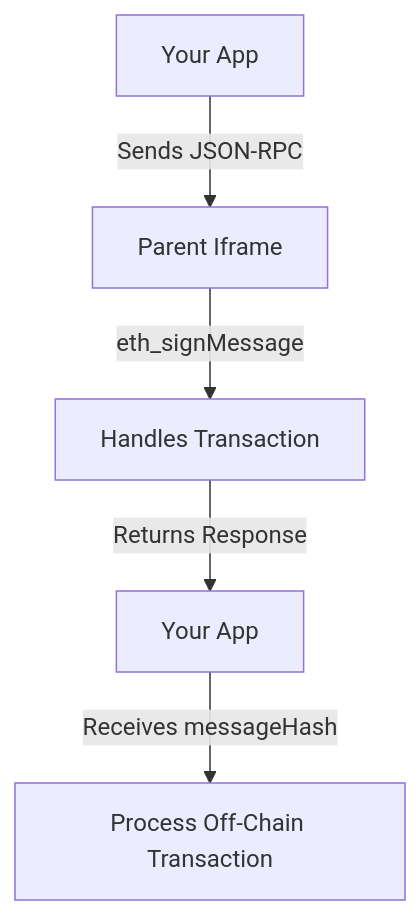
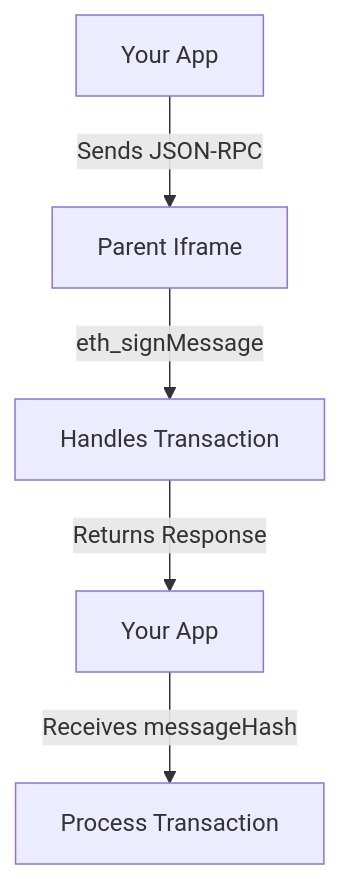
The diagram in README.md (intersend/portability-iframe), drawn with Mermaid before and after one commit. The commit also changed other lines of this file, not shown here.

````diff
--- a/README.md
+++ b/README.md
@@ -17,7 +17,7 @@
 ```mermaid
 graph TD
     A[Your App] -->|Sends JSON-RPC| B[Parent Iframe]
     B -->|eth_signMessage| C[Handles Transaction]
     C -->|Returns Response| D[Your App]
-    D -->|Receives messageHash| E[Process Off-Chain Transaction]
+    D -->|Receives messageHash| E[Process Transaction]
 ```
````
